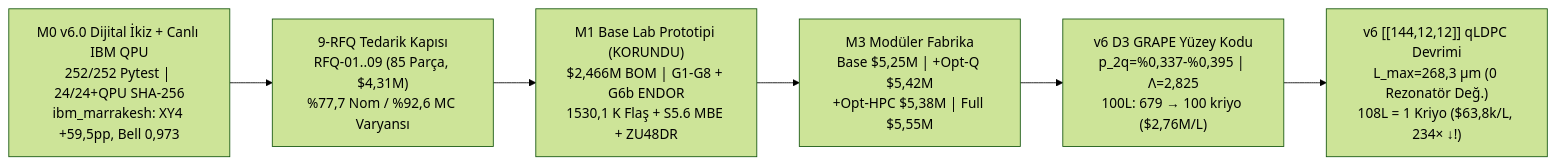
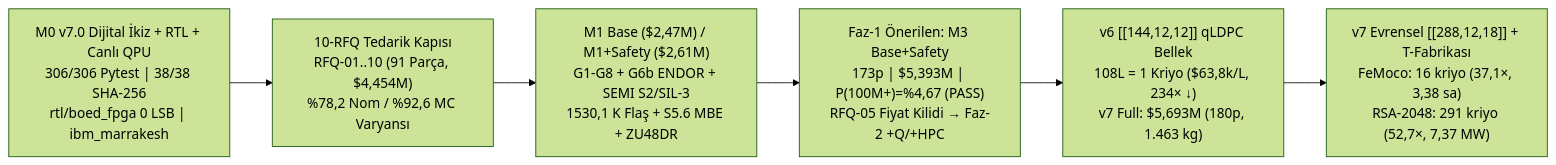
Before and after one commit to berkmec/Atom-Lithography: the third of 3 diagrams in README.md, drawn with Mermaid (forest theme). The commit also changed other lines of this file and 89 other files, not shown here.

````diff
--- a/README.md
+++ b/README.md
@@ -79,8 +82,8 @@
 ```mermaid
 flowchart LR
-    M0["M0 v6.0 Dijital İkiz + Canlı IBM QPU<br/>252/252 Pytest | 24/24+QPU SHA-256<br/>ibm_marrakesh: XY4 +59,5pp, Bell 0,973"] --> RFQ["9-RFQ Tedarik Kapısı<br/>RFQ-01..09 (85 Parça, $4,31M)<br/>%77,7 Nom / %92,6 MC Varyansı"]
-    RFQ --> M1["M1 Base Lab Prototipi (KORUNDU)<br/>$2,466M BOM | G1-G8 + G6b ENDOR<br/>1530,1 K Flaş + S5.6 MBE + ZU48DR"]
-    M1 --> M3["M3 Modüler Fabrika<br/>Base $5,25M | +Opt-Q $5,42M<br/>+Opt-HPC $5,38M | Full $5,55M"]
-    M3 --> D3SC["v6 D3 GRAPE Yüzey Kodu<br/>p_2q=%0,337-%0,395 | Λ=2,825<br/>100L: 679 → 100 kriyo ($2,76M/L)"]
-    D3SC --> QLDPC["v6 [[144,12,12]] qLDPC Devrimi<br/>L_max=268,3 µm (0 Rezonatör Değ.)<br/>108L = 1 Kriyo ($63,8k/L, 234× ↓!)"]
+    M0["M0 v7.0 Dijital İkiz + RTL + Canlı QPU<br/>306/306 Pytest | 38/38 SHA-256<br/>rtl/boed_fpga 0 LSB | ibm_marrakesh"] --> RFQ["10-RFQ Tedarik Kapısı<br/>RFQ-01..10 (91 Parça, $4,454M)<br/>%78,2 Nom / %92,6 MC Varyansı"]
+    RFQ --> M1["M1 Base ($2,47M) / M1+Safety ($2,61M)<br/>G1-G8 + G6b ENDOR + SEMI S2/SIL-3<br/>1530,1 K Flaş + S5.6 MBE + ZU48DR"]
+    M1 --> P1["Faz-1 Önerilen: M3 Base+Safety<br/>173p | $5,393M | P(100M+)=%4,67 (PASS)<br/>RFQ-05 Fiyat Kilidi → Faz-2 +Q/+HPC"]
+    P1 --> QLDPC["v6 [[144,12,12]] qLDPC Bellek<br/>108L = 1 Kriyo ($63,8k/L, 234× ↓)<br/>v7 Full: $5,693M (180p, 1.463 kg)"]
+    QLDPC --> UNIV["v7 Evrensel [[288,12,18]] + T-Fabrikası<br/>FeMoco: 16 kriyo (37,1×, 3,38 sa)<br/>RSA-2048: 291 kriyo (52,7×, 7,37 MW)"]
 ```
````
